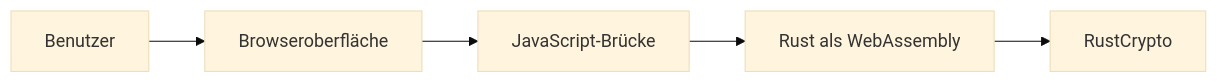
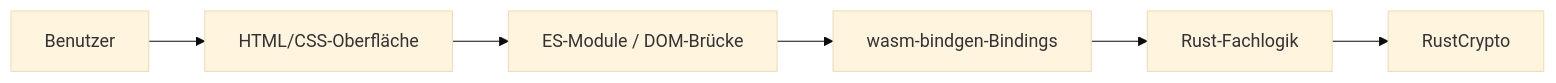
Before and after one commit to lindgreendavid/kryptographie-wasm: the first of 2 diagrams in docs/projekt-und-architektur.md, drawn with Mermaid (base theme). The commit also changed other lines of this file and 117 other files, not shown here.

````diff
--- a/docs/projekt-und-architektur.md
+++ b/docs/projekt-und-architektur.md
@@ -36,7 +72,8 @@
 ```mermaid
 flowchart LR
-    M["Benutzer"] --> B["Browseroberfläche"]
-    B --> J["JavaScript-Brücke"]
-    J --> W["Rust als WebAssembly"]
-    W --> C["RustCrypto"]
+    U["Benutzer"] --> H["HTML/CSS-Oberfläche"]
+    H --> J["ES-Module / DOM-Brücke"]
+    J --> B["wasm-bindgen-Bindings"]
+    B --> L["Rust-Fachlogik"]
+    L --> C["RustCrypto"]
 ```
````
